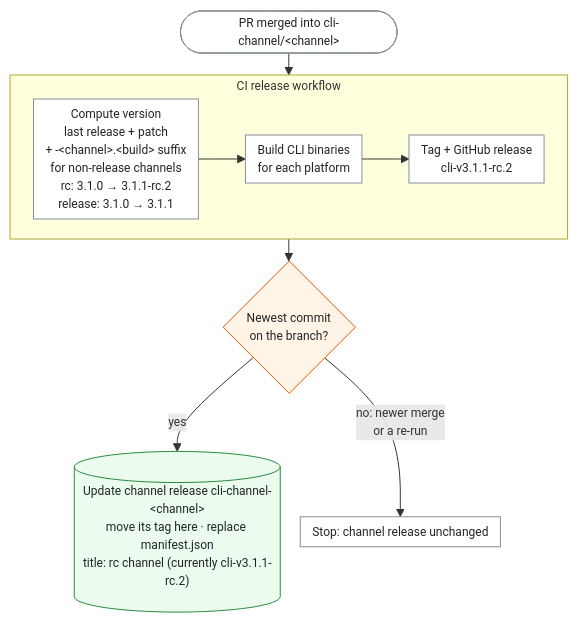
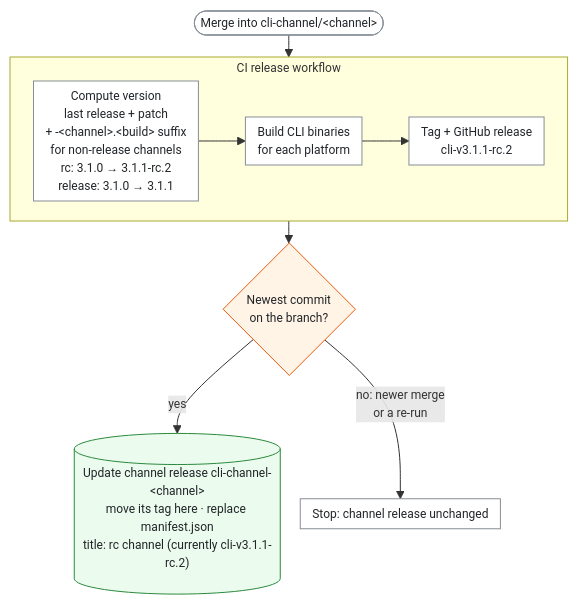
One commit to deephaven/deephaven-mcp changed the third of 4 diagrams in docs/RELEASE_ARCHITECTURE.md. Above: the diagram before and after it, drawn with Mermaid. The commit also changed other lines of this file, not shown here.

First line of the commit message:
docs: DH-24407: bring RELEASE_ARCHITECTURE.md up to date

````diff
--- a/docs/RELEASE_ARCHITECTURE.md
+++ b/docs/RELEASE_ARCHITECTURE.md
@@ -150,21 +150,21 @@
 ```mermaid
 %%{init: {'themeVariables': {'fontSize': '12px'}, 'flowchart': {'nodeSpacing': 20, 'rankSpacing': 22, 'padding': 6, 'subGraphTitleMargin': {'top': 2, 'bottom': 2}}}}%%
 flowchart TB
-  push(["PR merged into cli-channel/#lt;channel#gt;"])
+  push(["Merge into cli-channel/#lt;channel#gt;"])
   subgraph ci["CI release workflow"]
     direction LR
     ver["Compute version<br/>last release + patch<br/>+ -#lt;channel#gt;.#lt;build#gt; suffix<br/>for non-release channels<br/>rc: 3.1.0 → 3.1.1-rc.2<br/>release: 3.1.0 → 3.1.1"] --> build["Build CLI binaries<br/>for each platform"] --> rel["Tag + GitHub release<br/>cli-v3.1.1-rc.2"]
   end
   tip{"Newest commit<br/>on the branch?"}
   ptr[("Update channel release cli-channel-#lt;channel#gt;<br/>move its tag here · replace manifest.json<br/>title: rc channel (currently cli-v3.1.1-rc.2)")]
   push --> ci
   ci --> tip
   tip -- yes --> ptr
   tip -- "no: newer merge<br/>or a re-run" --> stop["Stop: channel release unchanged"]
   classDef step fill:#ffffff,stroke:#868e96,color:#212529
   classDef decision fill:#fff4e6,stroke:#e8590c,color:#212529
   classDef store fill:#ebfbee,stroke:#2b8a3e,color:#212529
   class ver,build,rel,stop,push step
   class tip decision
   class ptr store
 ```
````
